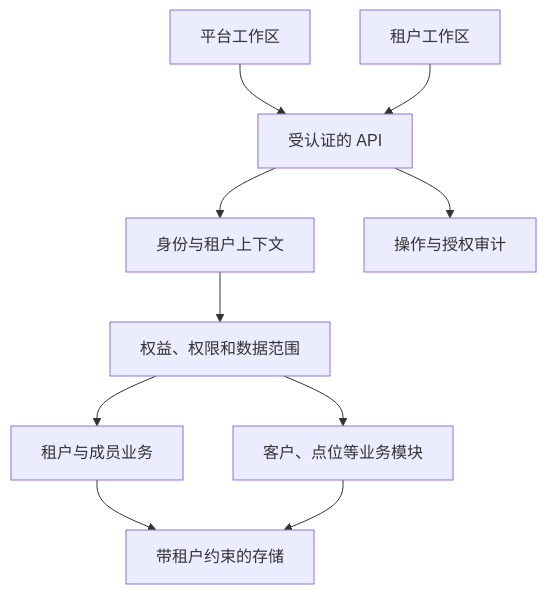
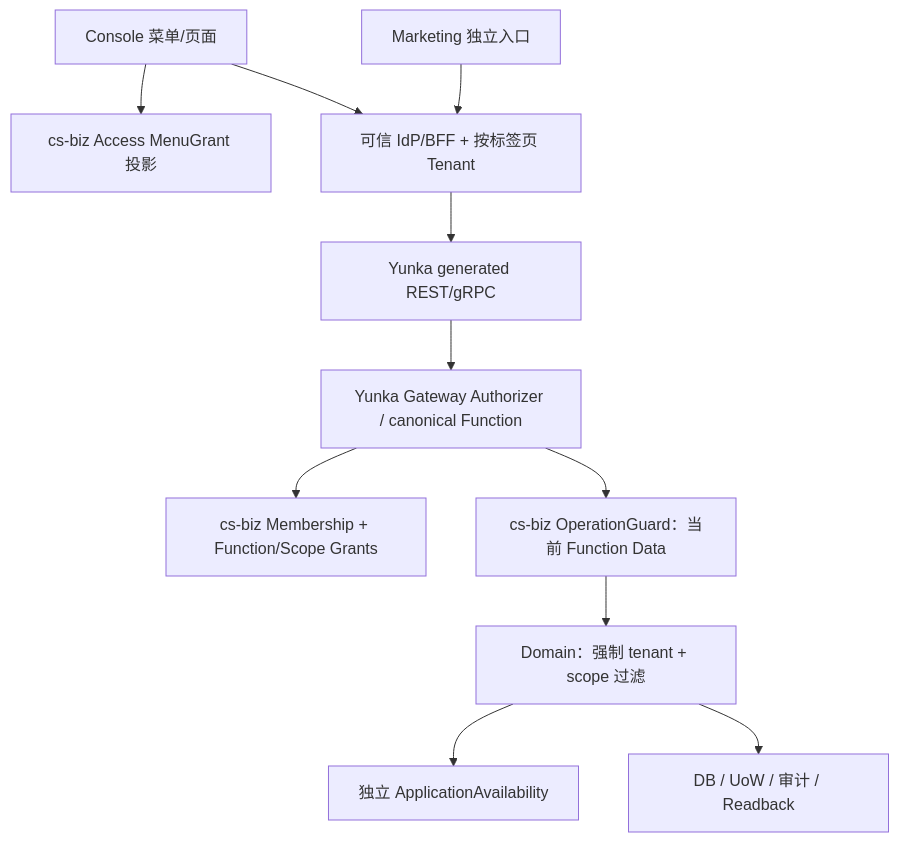
One commit to hvritual/cs-biz changed the diagram in doc/architecture/README.md. Above: the diagram before and after it, drawn with Mermaid. The commit also changed other lines of this file and 4 other files, not shown here.

Commit message:
docs(boundaries): align cross-end architecture/contracts/journeys and backend guidance to Yunka target

````diff
--- a/doc/architecture/README.md
+++ b/doc/architecture/README.md
@@ -9,12 +11,13 @@
 ```mermaid
 flowchart TD
-    Platform["平台工作区"] --> API["受认证的 API"]
-    Tenant["租户工作区"] --> API
-    API --> Context["身份与租户上下文"]
-    Context --> Policy["权益、权限和数据范围"]
-    Policy --> Core["租户与成员业务"]
-    Policy --> Business["客户、点位等业务模块"]
-    Core --> Storage["带租户约束的存储"]
-    Business --> Storage
-    API --> Audit["操作与授权审计"]
+ Console["Console 菜单/页面"] --> Menu["cs-biz Access MenuGrant 投影"]
+ Marketing["Marketing 独立入口"] --> BFF["可信 IdP/BFF + 按标签页 Tenant"]
+ Console --> BFF
+ BFF --> Adapter["Yunka generated REST/gRPC"]
+ Adapter --> Gateway["Yunka Gateway Authorizer / canonical Function"]
+ Gateway --> IAM["cs-biz Membership + Function/Scope Grants"]
+ Gateway --> Guard["cs-biz OperationGuard：当前 Function Data"]
+ Guard --> Domain["Domain：强制 tenant + scope 过滤"]
+ Domain --> Availability["独立 ApplicationAvailability"]
+ Domain --> Storage["DB / UoW / 审计 / Readback"]
 ```
````
